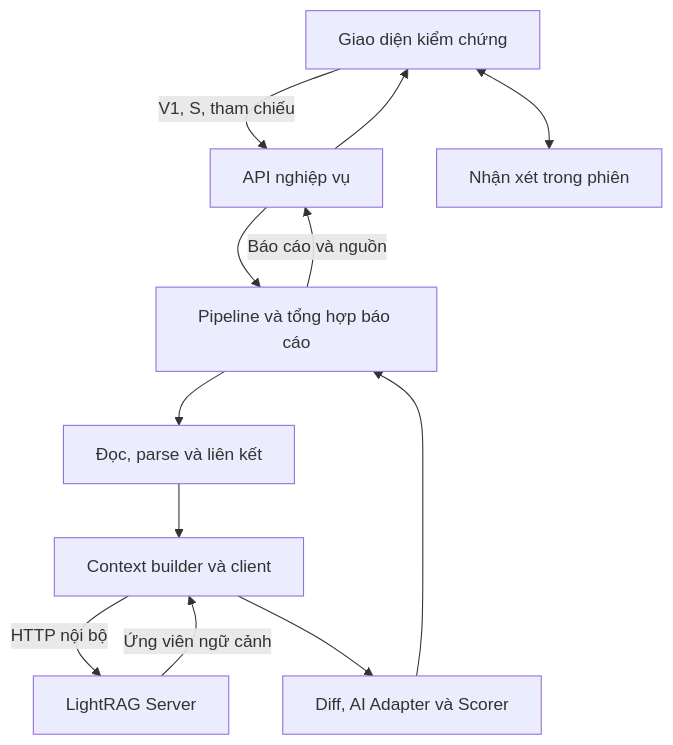
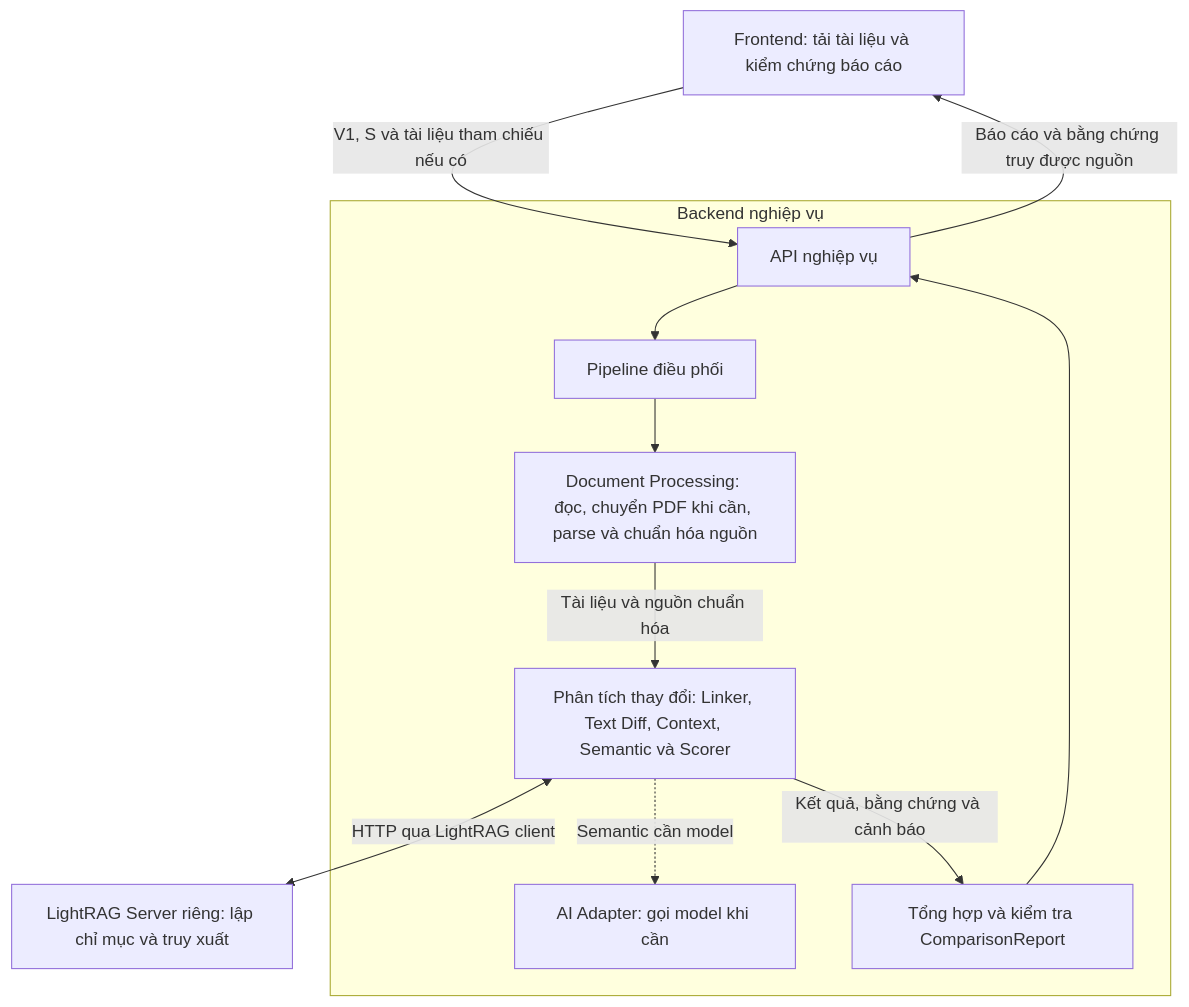
Before and after one commit to Lyra1603/group4_legal_document_change_detection: the first of 2 diagrams in docs/architecture.md, drawn with Mermaid. The commit also changed other lines of this file and 36 other files, not shown here.

````diff
--- a/docs/architecture.md
+++ b/docs/architecture.md
@@ -37,14 +40,23 @@
 ```mermaid
 flowchart TD
-    UI["Giao diện kiểm chứng"] -->|"V1, S, tham chiếu"| API["API nghiệp vụ"]
-    API --> P["Pipeline và tổng hợp báo cáo"]
-    P --> DOC["Đọc, parse và liên kết"]
-    DOC --> CTX["Context builder và client"]
-    CTX -->|"HTTP nội bộ"| RAG["LightRAG Server"]
-    RAG -->|"Ứng viên ngữ cảnh"| CTX
-    CTX --> AI["Diff, AI Adapter và Scorer"]
-    AI --> P
-    P -->|"Báo cáo và nguồn"| API
-    API --> UI
-    UI <--> SESSION["Nhận xét trong phiên"]
+    UI["Frontend: tải tài liệu và kiểm chứng báo cáo"]
+    subgraph BE["Backend nghiệp vụ"]
+        API["API nghiệp vụ"]
+        P["Pipeline điều phối"]
+        DOC["Document Processing: đọc, chuyển PDF khi cần, parse và chuẩn hóa nguồn"]
+        ANALYSIS["Phân tích thay đổi: Linker, Text Diff, Context, Semantic và Scorer"]
+        REPORT["Tổng hợp và kiểm tra ComparisonReport"]
+        MODEL["AI Adapter: gọi model khi cần"]
+    end
+    RAG["LightRAG Server riêng: lập chỉ mục và truy xuất"]
+
+    UI -->|"V1, S và tài liệu tham chiếu nếu có"| API
+    API --> P
+    P --> DOC
+    DOC -->|"Tài liệu và nguồn chuẩn hóa"| ANALYSIS
+    ANALYSIS <-->|"HTTP qua LightRAG client"| RAG
+    ANALYSIS -.->|"Semantic cần model"| MODEL
+    ANALYSIS -->|"Kết quả, bằng chứng và cảnh báo"| REPORT
+    REPORT --> API
+    API -->|"Báo cáo và bằng chứng truy được nguồn"| UI
 ```
````
